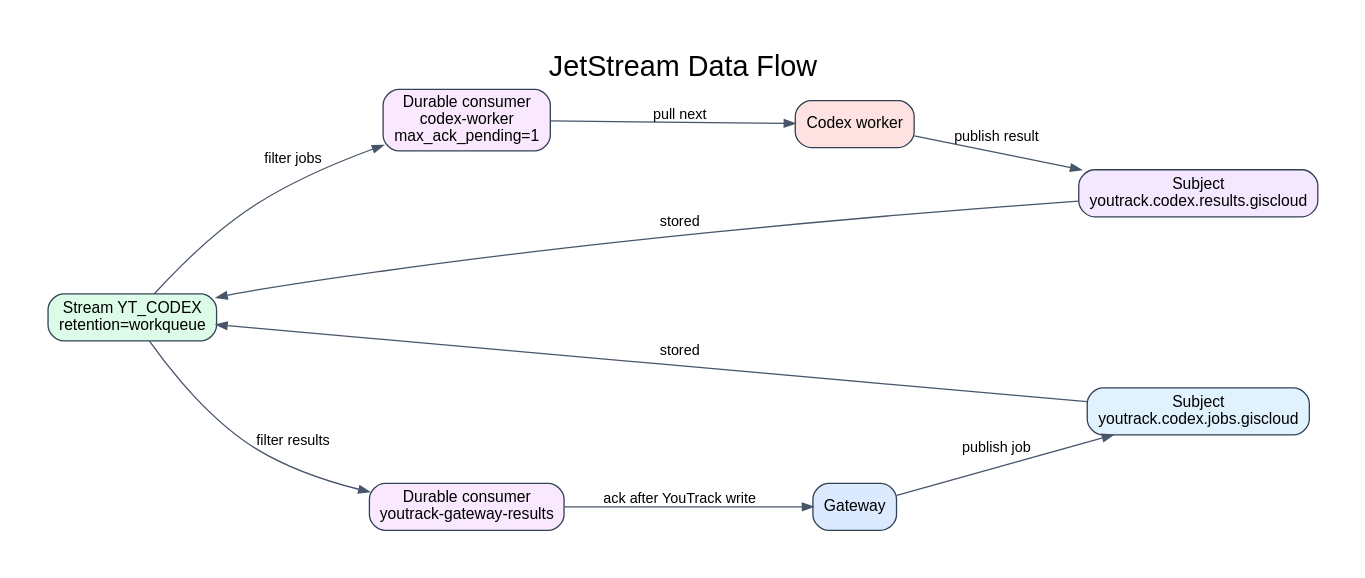
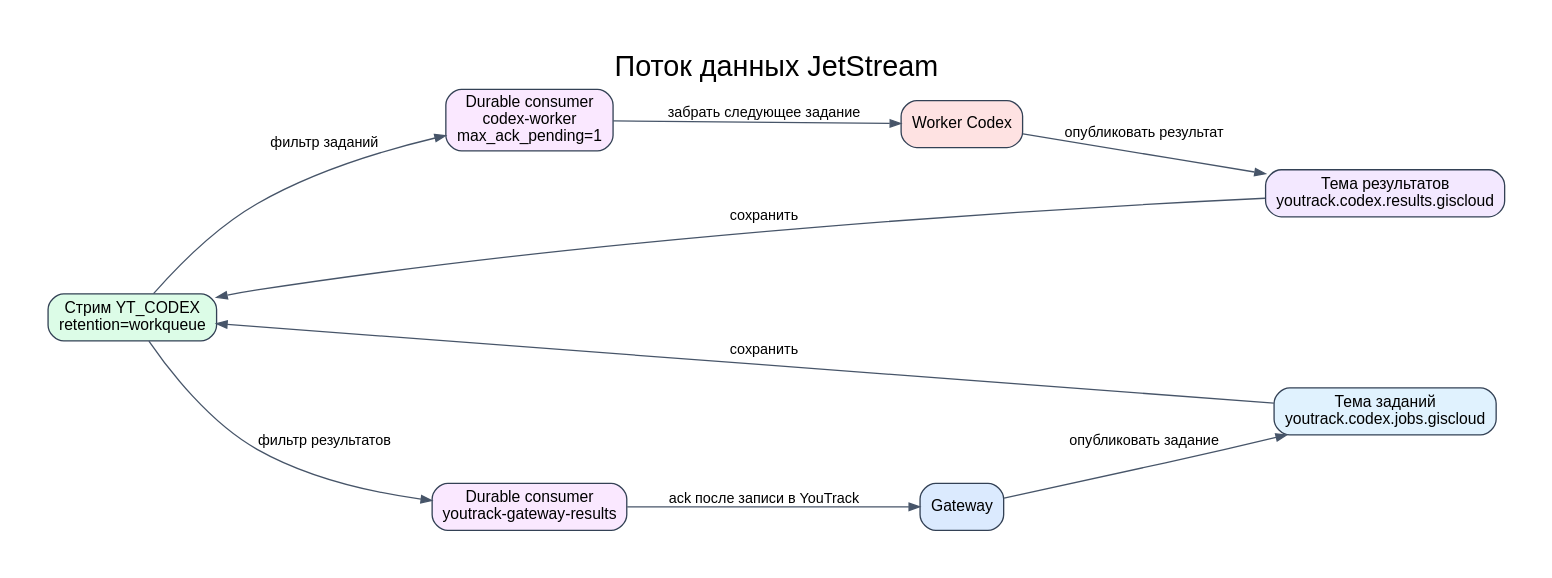
The diagram in docs/diagrams/jetstream-data-flow.dot (komaroffsergei/nats-synadia-dev), drawn with Graphviz before and after one commit. The commit also changed 11 other files, not shown here.

First line of the commit message:
docs: clarify YouTrack Codex pipeline

```diff
--- a/docs/diagrams/jetstream-data-flow.dot
+++ b/docs/diagrams/jetstream-data-flow.dot
@@ -1,22 +1,22 @@
 digraph G {
-  graph [rankdir=LR, bgcolor="white", pad="0.4", nodesep="0.7", ranksep="0.85", fontname="Arial", label="JetStream Data Flow", labelloc="t", fontsize=22];
+  graph [rankdir=LR, bgcolor="white", pad="0.4", nodesep="0.7", ranksep="0.85", fontname="Arial", label="Поток данных JetStream", labelloc="t", fontsize=22];
   node [shape=box, style="rounded,filled", fontname="Arial", fontsize=12, color="#334155", fillcolor="#f8fafc"];
   edge [fontname="Arial", fontsize=11, color="#475569", arrowsize=0.8];
 
-  stream [label="Stream YT_CODEX\nretention=workqueue", fillcolor="#dcfce7"];
-  jobs [label="Subject\nyoutrack.codex.jobs.giscloud", fillcolor="#e0f2fe"];
-  results [label="Subject\nyoutrack.codex.results.giscloud", fillcolor="#f3e8ff"];
+  stream [label="Стрим YT_CODEX\nretention=workqueue", fillcolor="#dcfce7"];
+  jobs [label="Тема заданий\nyoutrack.codex.jobs.giscloud", fillcolor="#e0f2fe"];
+  results [label="Тема результатов\nyoutrack.codex.results.giscloud", fillcolor="#f3e8ff"];
   gateway [label="Gateway", fillcolor="#dbeafe"];
   workerConsumer [label="Durable consumer\ncodex-worker\nmax_ack_pending=1", fillcolor="#fae8ff"];
   resultConsumer [label="Durable consumer\nyoutrack-gateway-results", fillcolor="#fae8ff"];
-  worker [label="Codex worker", fillcolor="#fee2e2"];
+  worker [label="Worker Codex", fillcolor="#fee2e2"];
 
-  gateway -> jobs [label="publish job"];
-  jobs -> stream [label="stored"];
-  stream -> workerConsumer [label="filter jobs"];
-  workerConsumer -> worker [label="pull next"];
-  worker -> results [label="publish result"];
-  results -> stream [label="stored"];
-  stream -> resultConsumer [label="filter results"];
-  resultConsumer -> gateway [label="ack after YouTrack write"];
+  gateway -> jobs [label="опубликовать задание"];
+  jobs -> stream [label="сохранить"];
+  stream -> workerConsumer [label="фильтр заданий"];
+  workerConsumer -> worker [label="забрать следующее задание"];
+  worker -> results [label="опубликовать результат"];
+  results -> stream [label="сохранить"];
+  stream -> resultConsumer [label="фильтр результатов"];
+  resultConsumer -> gateway [label="ack после записи в YouTrack"];
 }
```
